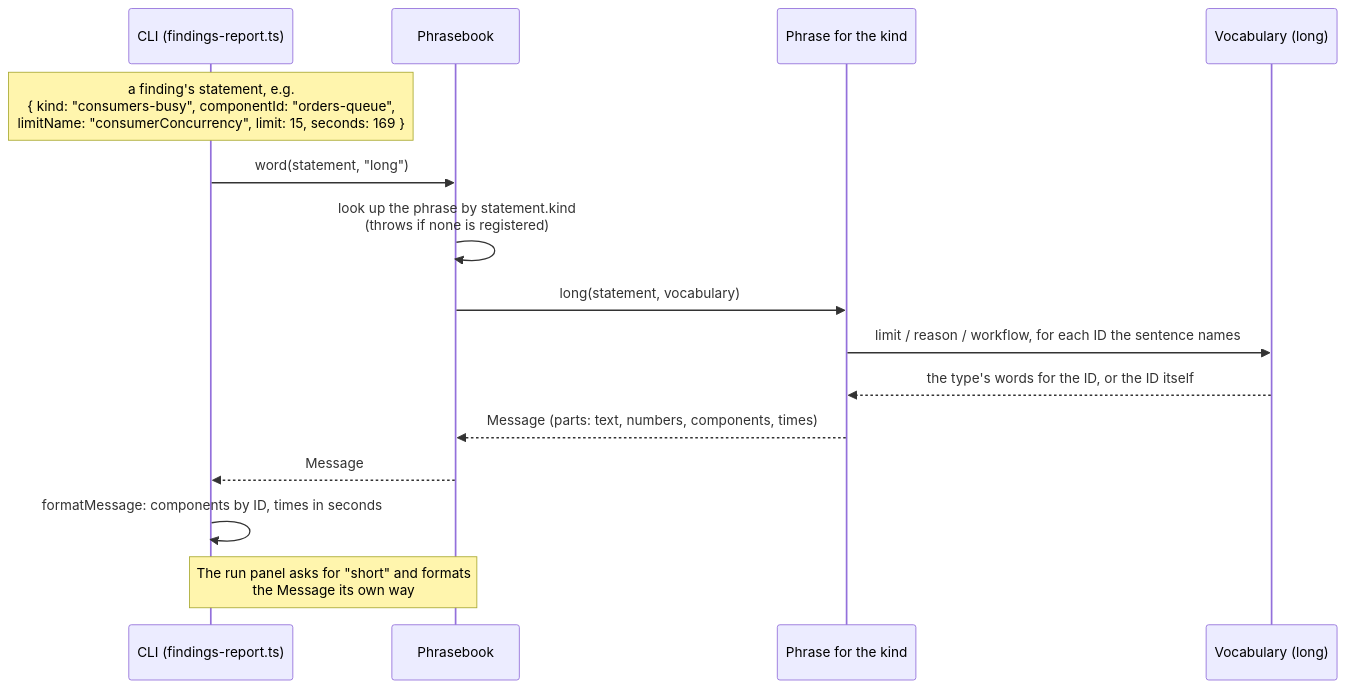
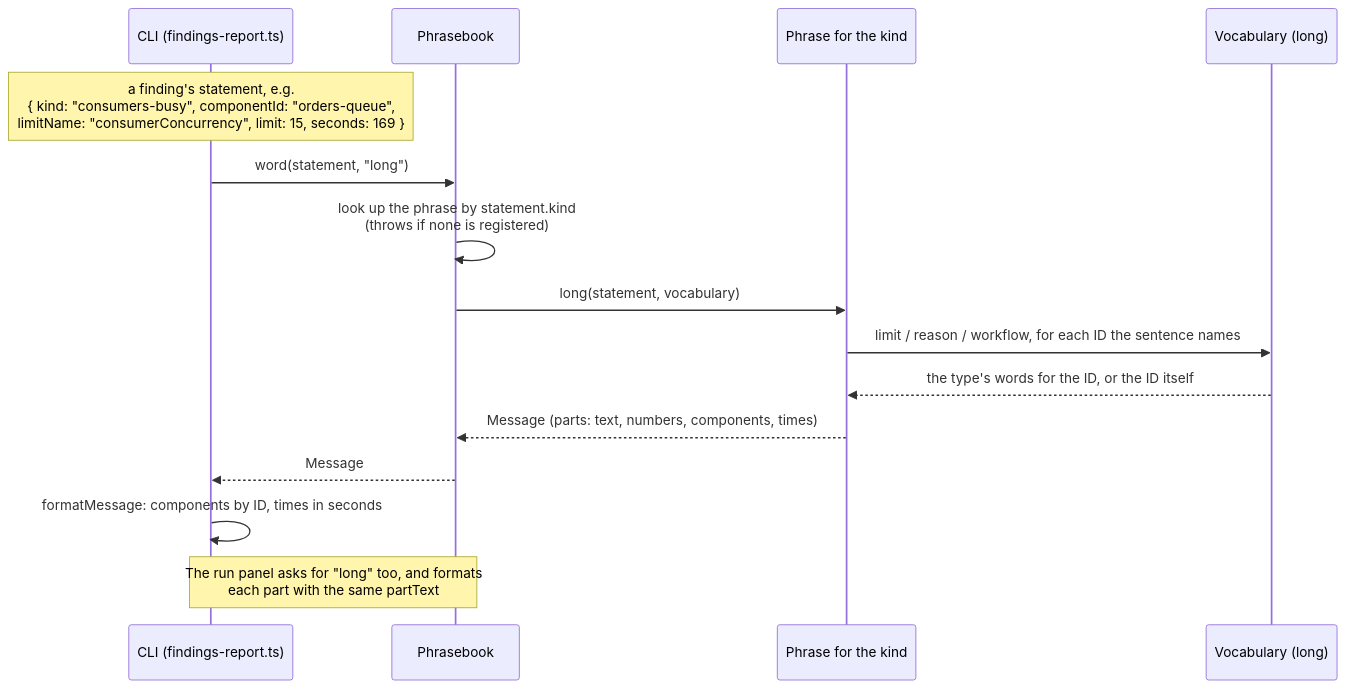
The second of 3 diagrams in docs/architecture/finding-detectors.md (alanbickel/wind-tunnel), drawn with Mermaid before and after one commit. The commit also changed other lines of this file and 40 other files, not shown here.

Commit message:
feat(ui): show the verdict and findings in the run panel (#80)

````diff
--- a/docs/architecture/finding-detectors.md
+++ b/docs/architecture/finding-detectors.md
@@ -86,17 +86,17 @@
 ```mermaid
 sequenceDiagram
     participant C as CLI (findings-report.ts)
     participant P as Phrasebook
     participant Ph as Phrase for the kind
     participant V as Vocabulary (long)
     Note over C: a finding's statement, e.g.<br/>{ kind: "consumers-busy", componentId: "orders-queue",<br/>limitName: "consumerConcurrency", limit: 15, seconds: 169 }
     C->>P: word(statement, "long")
     P->>P: look up the phrase by statement.kind<br/>(throws if none is registered)
     P->>Ph: long(statement, vocabulary)
     Ph->>V: limit / reason / workflow, for each ID the sentence names
     V-->>Ph: the type's words for the ID, or the ID itself
     Ph-->>P: Message (parts: text, numbers, components, times)
     P-->>C: Message
     C->>C: formatMessage: components by ID, times in seconds
-    Note over C,P: The run panel asks for "short" and formats<br/>the Message its own way
+    Note over C,P: The run panel asks for "long" too, and formats<br/>each part with the same partText
 ```
````
